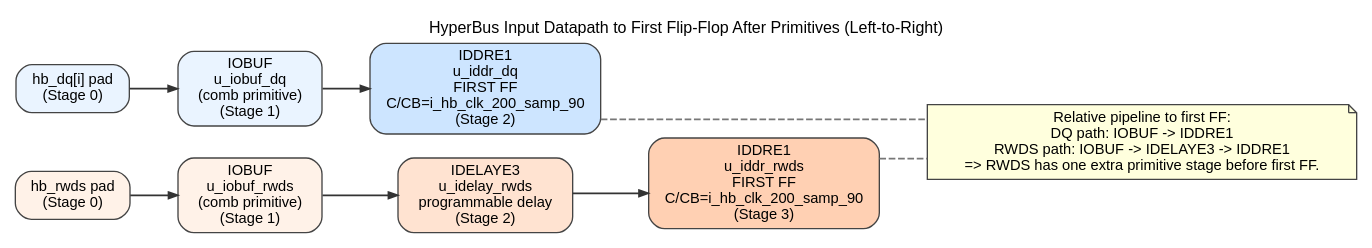
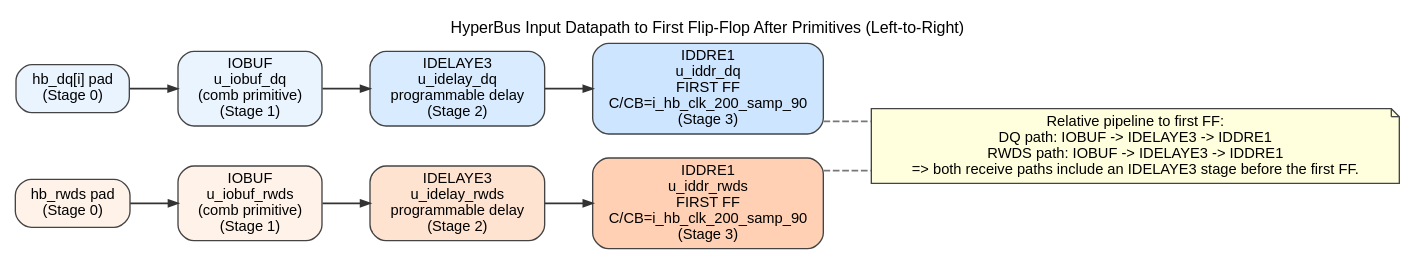
The diagram in doc/dot/hb_dq_rwds_to_first_ff.jpg.dot (GhlHub/hyperbus_controller), drawn with Graphviz before and after one commit. The commit also changed 13 other files, not shown here.

Commit message:
Update PHY input delay path artifacts and docs

```diff
--- a/doc/dot/hb_dq_rwds_to_first_ff.jpg.dot
+++ b/doc/dot/hb_dq_rwds_to_first_ff.jpg.dot
@@ -1,38 +1,40 @@
 // SPDX-FileCopyrightText: 2026 Glen Lowe
 // SPDX-License-Identifier: Apache-2.0
 digraph hb_paths {
   rankdir=LR;
   splines=ortho;
   fontname="Helvetica";
   fontsize=12;
   labelloc=t;
   label="HyperBus Input Datapath to First Flip-Flop After Primitives (Left-to-Right)";
 
   node [shape=box, style="rounded,filled", fontname="Helvetica", fontsize=11, fillcolor="#F8F8F8", color="#444444"];
   edge [color="#333333", arrowsize=0.7, penwidth=1.2, fontname="Helvetica", fontsize=10];
 
   // DQ row
   dq_pad   [label="hb_dq[i] pad\n(Stage 0)", fillcolor="#EAF4FF"];
   dq_iobuf [label="IOBUF\nu_iobuf_dq\n(comb primitive)\n(Stage 1)", fillcolor="#EAF4FF"];
-  dq_iddr  [label="IDDRE1\nu_iddr_dq\nFIRST FF\nC/CB=i_hb_clk_200_samp_90\n(Stage 2)", fillcolor="#CDE5FF"];
+  dq_idelay [label="IDELAYE3\nu_idelay_dq\nprogrammable delay\n(Stage 2)", fillcolor="#D9ECFF"];
+  dq_iddr  [label="IDDRE1\nu_iddr_dq\nFIRST FF\nC/CB=i_hb_clk_200_samp_90\n(Stage 3)", fillcolor="#CDE5FF"];
 
   // RWDS row
   rw_pad    [label="hb_rwds pad\n(Stage 0)", fillcolor="#FFF2E8"];
   rw_iobuf  [label="IOBUF\nu_iobuf_rwds\n(comb primitive)\n(Stage 1)", fillcolor="#FFF2E8"];
   rw_idelay [label="IDELAYE3\nu_idelay_rwds\nprogrammable delay\n(Stage 2)", fillcolor="#FFE3D1"];
   rw_iddr   [label="IDDRE1\nu_iddr_rwds\nFIRST FF\nC/CB=i_hb_clk_200_samp_90\n(Stage 3)", fillcolor="#FFD0B3"];
 
   // Flow edges
-  dq_pad -> dq_iobuf -> dq_iddr;
+  dq_pad -> dq_iobuf -> dq_idelay -> dq_iddr;
   rw_pad -> rw_iobuf -> rw_idelay -> rw_iddr;
 
   // Alignment helpers
   {rank=same; dq_pad; rw_pad}
   {rank=same; dq_iobuf; rw_iobuf}
-  {rank=same; dq_iddr; rw_idelay}
+  {rank=same; dq_idelay; rw_idelay}
+  {rank=same; dq_iddr; rw_iddr}
 
   // Relative note
-  note [shape=note, fillcolor="#FFFFDD", label="Relative pipeline to first FF:\nDQ path: IOBUF -> IDDRE1\nRWDS path: IOBUF -> IDELAYE3 -> IDDRE1\n=> RWDS has one extra primitive stage before first FF."];
+  note [shape=note, fillcolor="#FFFFDD", label="Relative pipeline to first FF:\nDQ path: IOBUF -> IDELAYE3 -> IDDRE1\nRWDS path: IOBUF -> IDELAYE3 -> IDDRE1\n=> both receive paths include an IDELAYE3 stage before the first FF."];
   dq_iddr -> note [style=dashed, arrowhead=none, color="#777777"];
   rw_iddr -> note [style=dashed, arrowhead=none, color="#777777"];
 }
```
